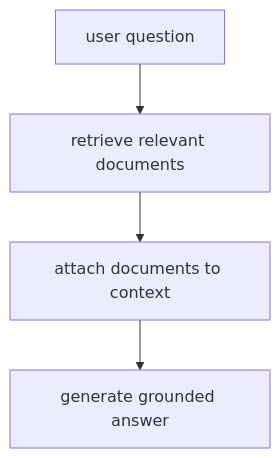
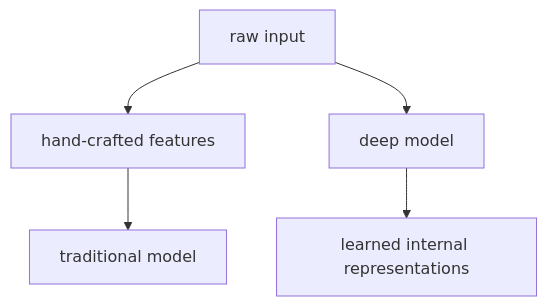
Before and after one commit to devchan64/AiBook: the diagram in docs/parts/part-05/chapter-10/section-01.md, drawn with Mermaid. The commit also changed other lines of this file and 213 other files, not shown here.

````diff
--- a/docs/parts/part-05/chapter-10/section-01.md
+++ b/docs/parts/part-05/chapter-10/section-01.md
@@ -191,11 +166,13 @@
 ```mermaid
 flowchart TD
-  A["user question"]
-  B["retrieve relevant documents"]
-  C["attach documents to context"]
-  D["generate grounded answer"]
+  A["raw input"]
+  B["hand-crafted features"]
+  C["traditional model"]
+  D["deep model"]
+  E["learned internal representations"]
 
   A --> B
   B --> C
-  C --> D
+  A --> D
+  D --> E
 ```
````
